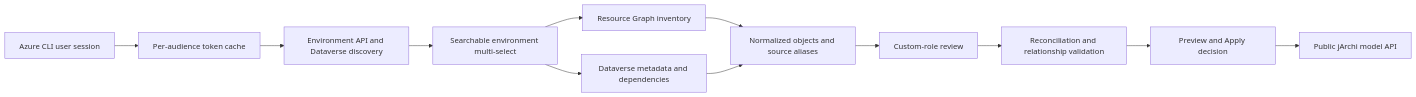
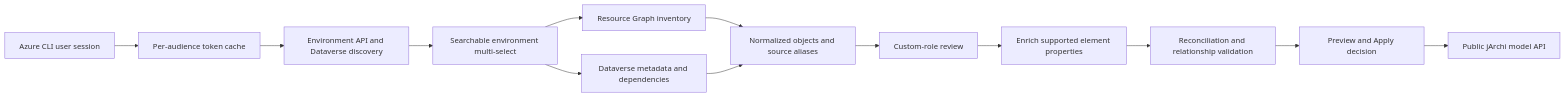
One commit to swidz/archi-powerplatform-sync changed the diagram in docs/architecture.md. Above: the diagram before and after it, drawn with Mermaid. The commit also changed other lines of this file and 47 other files, not shown here.

Commit message:
Add plug-in retrieval and enrich architecture element metadata

````diff
--- a/docs/architecture.md
+++ b/docs/architecture.md
@@ -9,14 +9,15 @@
 ```mermaid
 flowchart LR
   CLI[Azure CLI user session] --> AUTH[Per-audience token cache]
   AUTH --> DISC[Environment API and Dataverse discovery]
   DISC --> PICK[Searchable environment multi-select]
   PICK --> INV[Resource Graph inventory]
   PICK --> DV[Dataverse metadata and dependencies]
   INV --> NORMAL[Normalized objects and source aliases]
   DV --> NORMAL
   NORMAL --> ROLES[Custom-role review]
-  ROLES --> PLAN[Reconciliation and relationship validation]
+  ROLES --> META[Enrich supported element properties]
+  META --> PLAN[Reconciliation and relationship validation]
   PLAN --> PREVIEW[Preview and Apply decision]
   PREVIEW --> ARCHI[Public jArchi model API]
 ```
````
